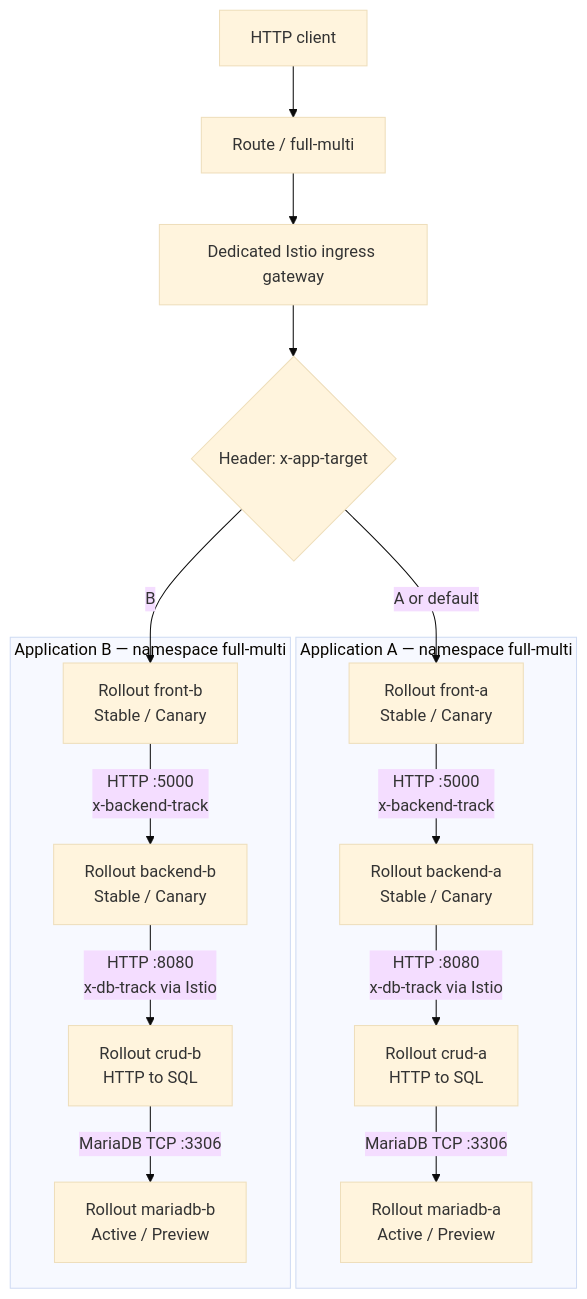
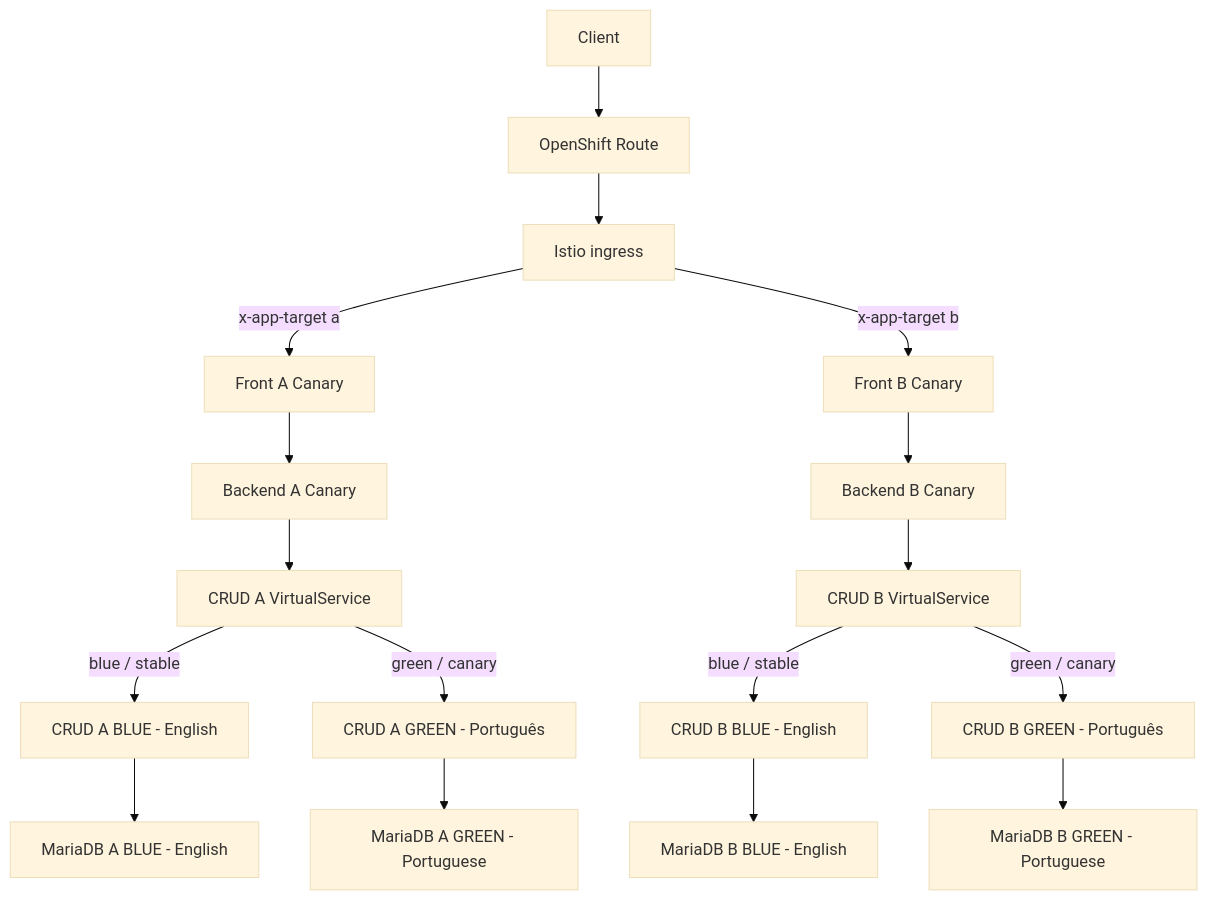
The diagram in full-multi/README.md (gstephan76/argo-sm), drawn with Mermaid (base theme) before and after one commit. The commit also changed other lines of this file and 41 other files, not shown here.

Commit message:
Migrate full-multi CRUD to BlueGreen with persistent language databases

````diff
--- a/full-multi/README.md
+++ b/full-multi/README.md
@@ -22,29 +19,16 @@
 ```mermaid
 flowchart TB
-    Client[HTTP client] --> Route[Route / full-multi]
-    Route --> GW[Dedicated Istio ingress gateway]
-    GW --> AppVS{Header: x-app-target}
-
-    subgraph APP_A[Application A — namespace full-multi]
-        FA[Rollout front-a\nStable / Canary]
-        BA[Rollout backend-a\nStable / Canary]
-        CA[Rollout crud-a\nHTTP to SQL]
-        DBA[Rollout mariadb-a\nActive / Preview]
-        FA -->|HTTP :5000\nx-backend-track| BA
-        BA -->|HTTP :8080\nx-db-track via Istio| CA
-        CA -->|MariaDB TCP :3306| DBA
-    end
-
-    subgraph APP_B[Application B — namespace full-multi]
-        FB[Rollout front-b\nStable / Canary]
-        BB[Rollout backend-b\nStable / Canary]
-        CB[Rollout crud-b\nHTTP to SQL]
-        DBB[Rollout mariadb-b\nActive / Preview]
-        FB -->|HTTP :5000\nx-backend-track| BB
-        BB -->|HTTP :8080\nx-db-track via Istio| CB
-        CB -->|MariaDB TCP :3306| DBB
-    end
-
-    AppVS -->|A or default| FA
-    AppVS -->|B| FB
+  Client --> Route[OpenShift Route] --> GW[Istio ingress]
+  GW -->|x-app-target a| FA[Front A Canary] --> BA[Backend A Canary]
+  GW -->|x-app-target b| FB[Front B Canary] --> BB[Backend B Canary]
+  BA --> RA[CRUD A VirtualService]
+  BB --> RB[CRUD B VirtualService]
+  RA -->|blue / stable| CAE[CRUD A BLUE - English]
+  RA -->|green / canary| CAP[CRUD A GREEN - Português]
+  RB -->|blue / stable| CBE[CRUD B BLUE - English]
+  RB -->|green / canary| CBP[CRUD B GREEN - Português]
+  CAE --> DBAE[MariaDB A BLUE - English]
+  CAP --> DBAP[MariaDB A GREEN - Portuguese]
+  CBE --> DBBE[MariaDB B BLUE - English]
+  CBP --> DBBP[MariaDB B GREEN - Portuguese]
 ```
````
